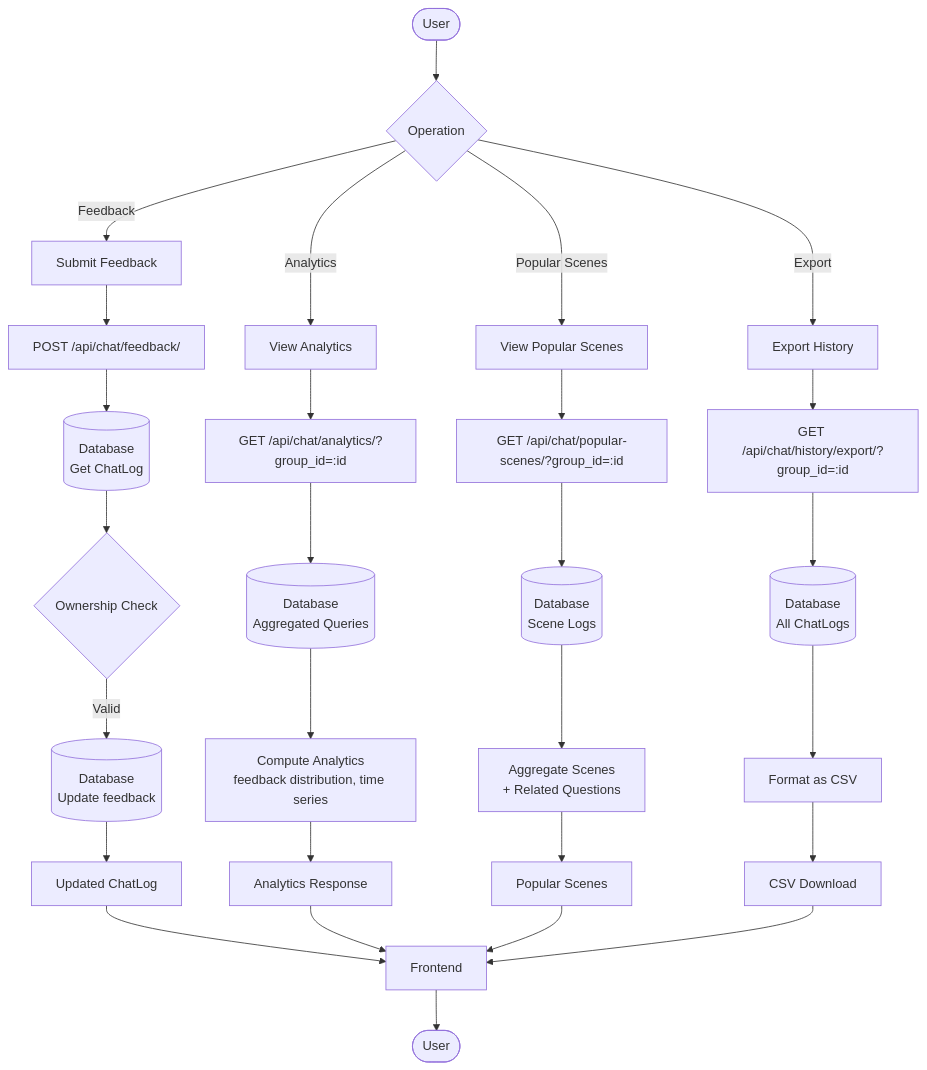
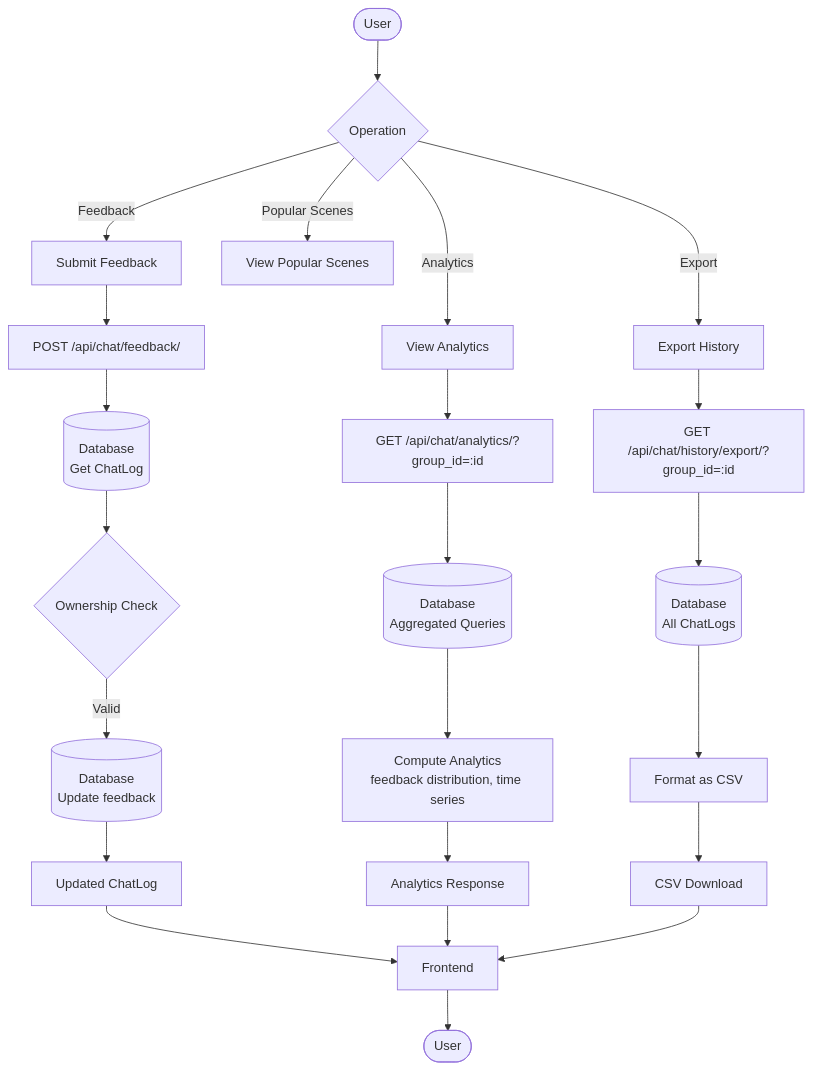
The ninth of 9 diagrams in docs/database/data-flow-diagram.md (yukiharada1228/videoq), drawn with Mermaid before and after one commit. The commit also changed 25 other files, not shown here.

````diff
--- a/docs/database/data-flow-diagram.md
+++ b/docs/database/data-flow-diagram.md
@@ -318,36 +318,30 @@
 ```mermaid
 flowchart TD
     Start([User]) --> Action{Operation}
 
     Action -->|Feedback| Feedback[Submit Feedback]
     Action -->|Analytics| Analytics[View Analytics]
     Action -->|Popular Scenes| Scenes[View Popular Scenes]
     Action -->|Export| Export[Export History]
 
     Feedback --> API1[POST /api/chat/feedback/]
     API1 --> GetLog[(Database<br>Get ChatLog)]
     GetLog --> VerifyAccess{Ownership Check}
     VerifyAccess -->|Valid| UpdateFeedback[(Database<br>Update feedback)]
     UpdateFeedback --> Response1[Updated ChatLog]
     Response1 --> Frontend
 
     Analytics --> API2[GET /api/chat/analytics/?group_id=:id]
     API2 --> GetRawData[(Database<br>Aggregated Queries)]
     GetRawData --> ComputeAnalytics[Compute Analytics<br>feedback distribution, time series]
     ComputeAnalytics --> Response2[Analytics Response]
     Response2 --> Frontend
 
-    Scenes --> API3[GET /api/chat/popular-scenes/?group_id=:id]
-    API3 --> GetSceneLogs[(Database<br>Scene Logs)]
-    GetSceneLogs --> AggregateScenes[Aggregate Scenes<br>+ Related Questions]
-    AggregateScenes --> Response3[Popular Scenes]
-    Response3 --> Frontend
-
     Export --> API4[GET /api/chat/history/export/?group_id=:id]
     API4 --> GetAllLogs[(Database<br>All ChatLogs)]
     GetAllLogs --> FormatCSV[Format as CSV]
     FormatCSV --> Response4[CSV Download]
     Response4 --> Frontend
 
     Frontend --> End([User])
 ```
````
